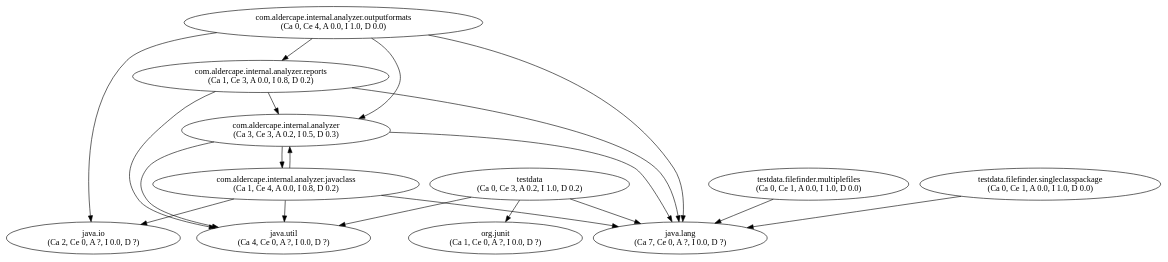
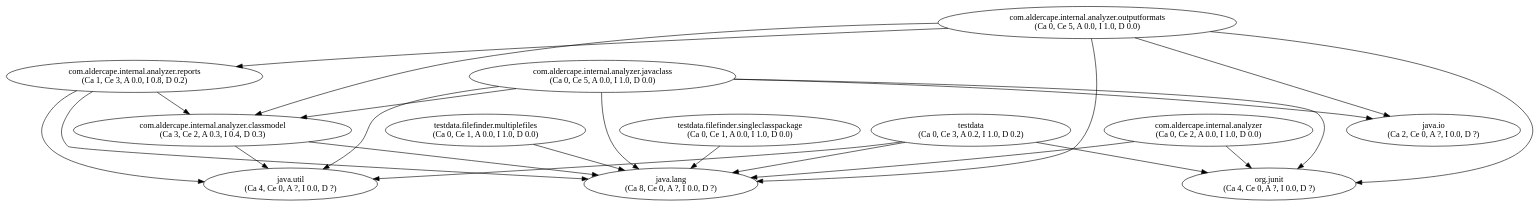
The diagram in project.dot (AlderCape/Analyzer), drawn with Graphviz before and after one commit. The commit also changed 24 other files, not shown here.

```diff
--- a/project.dot
+++ b/project.dot
@@ -1,32 +1,36 @@
 digraph G {
-"com.aldercape.internal.analyzer" [label="com.aldercape.internal.analyzer\n(Ca 3, Ce 3, A 0.2, I 0.5, D 0.3)"];
-"com.aldercape.internal.analyzer.javaclass" [label="com.aldercape.internal.analyzer.javaclass\n(Ca 1, Ce 4, A 0.0, I 0.8, D 0.2)"];
-"com.aldercape.internal.analyzer.outputformats" [label="com.aldercape.internal.analyzer.outputformats\n(Ca 0, Ce 4, A 0.0, I 1.0, D 0.0)"];
+"com.aldercape.internal.analyzer" [label="com.aldercape.internal.analyzer\n(Ca 0, Ce 2, A 0.0, I 1.0, D 0.0)"];
+"com.aldercape.internal.analyzer.classmodel" [label="com.aldercape.internal.analyzer.classmodel\n(Ca 3, Ce 2, A 0.3, I 0.4, D 0.3)"];
+"com.aldercape.internal.analyzer.javaclass" [label="com.aldercape.internal.analyzer.javaclass\n(Ca 0, Ce 5, A 0.0, I 1.0, D 0.0)"];
+"com.aldercape.internal.analyzer.outputformats" [label="com.aldercape.internal.analyzer.outputformats\n(Ca 0, Ce 5, A 0.0, I 1.0, D 0.0)"];
 "com.aldercape.internal.analyzer.reports" [label="com.aldercape.internal.analyzer.reports\n(Ca 1, Ce 3, A 0.0, I 0.8, D 0.2)"];
 "java.io" [label="java.io\n(Ca 2, Ce 0, A ?, I 0.0, D ?)"];
-"java.lang" [label="java.lang\n(Ca 7, Ce 0, A ?, I 0.0, D ?)"];
+"java.lang" [label="java.lang\n(Ca 8, Ce 0, A ?, I 0.0, D ?)"];
 "java.util" [label="java.util\n(Ca 4, Ce 0, A ?, I 0.0, D ?)"];
-"org.junit" [label="org.junit\n(Ca 1, Ce 0, A ?, I 0.0, D ?)"];
+"org.junit" [label="org.junit\n(Ca 4, Ce 0, A ?, I 0.0, D ?)"];
 "testdata" [label="testdata\n(Ca 0, Ce 3, A 0.2, I 1.0, D 0.2)"];
 "testdata.filefinder.multiplefiles" [label="testdata.filefinder.multiplefiles\n(Ca 0, Ce 1, A 0.0, I 1.0, D 0.0)"];
 "testdata.filefinder.singleclasspackage" [label="testdata.filefinder.singleclasspackage\n(Ca 0, Ce 1, A 0.0, I 1.0, D 0.0)"];
-"com.aldercape.internal.analyzer" -> "com.aldercape.internal.analyzer.javaclass";
 "com.aldercape.internal.analyzer" -> "java.lang";
-"com.aldercape.internal.analyzer" -> "java.util";
-"com.aldercape.internal.analyzer.javaclass" -> "com.aldercape.internal.analyzer";
+"com.aldercape.internal.analyzer" -> "org.junit";
+"com.aldercape.internal.analyzer.classmodel" -> "java.lang";
+"com.aldercape.internal.analyzer.classmodel" -> "java.util";
+"com.aldercape.internal.analyzer.javaclass" -> "com.aldercape.internal.analyzer.classmodel";
 "com.aldercape.internal.analyzer.javaclass" -> "java.io";
 "com.aldercape.internal.analyzer.javaclass" -> "java.lang";
 "com.aldercape.internal.analyzer.javaclass" -> "java.util";
-"com.aldercape.internal.analyzer.outputformats" -> "com.aldercape.internal.analyzer";
+"com.aldercape.internal.analyzer.javaclass" -> "org.junit";
+"com.aldercape.internal.analyzer.outputformats" -> "com.aldercape.internal.analyzer.classmodel";
 "com.aldercape.internal.analyzer.outputformats" -> "com.aldercape.internal.analyzer.reports";
 "com.aldercape.internal.analyzer.outputformats" -> "java.io";
 "com.aldercape.internal.analyzer.outputformats" -> "java.lang";
-"com.aldercape.internal.analyzer.reports" -> "com.aldercape.internal.analyzer";
+"com.aldercape.internal.analyzer.outputformats" -> "org.junit";
+"com.aldercape.internal.analyzer.reports" -> "com.aldercape.internal.analyzer.classmodel";
 "com.aldercape.internal.analyzer.reports" -> "java.lang";
 "com.aldercape.internal.analyzer.reports" -> "java.util";
 "testdata" -> "java.lang";
 "testdata" -> "java.util";
 "testdata" -> "org.junit";
 "testdata.filefinder.multiplefiles" -> "java.lang";
 "testdata.filefinder.singleclasspackage" -> "java.lang";
 }
```
